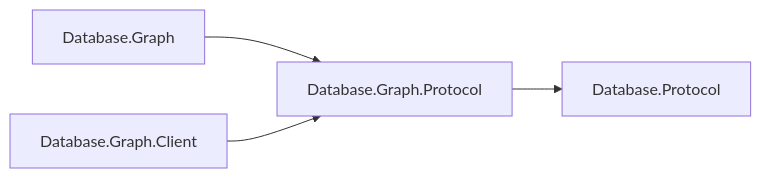
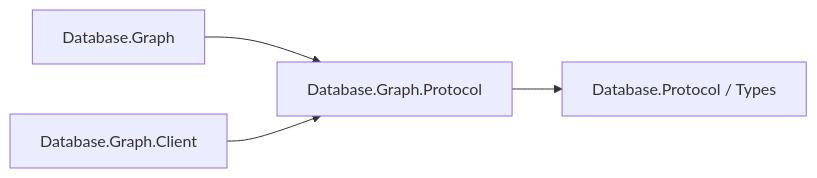
One commit to assimalign/cohesion changed the diagram in resources/Database/Assimalign.Cohesion.Database.Graph.Protocol/docs/DESIGN.md. Above: the diagram before and after it, drawn with Mermaid. The commit also changed other lines of this file and 13 other files, not shown here.

````diff
--- a/resources/Database/Assimalign.Cohesion.Database.Graph.Protocol/docs/DESIGN.md
+++ b/resources/Database/Assimalign.Cohesion.Database.Graph.Protocol/docs/DESIGN.md
@@ -7,6 +7,6 @@
 ```mermaid
 flowchart LR
     Engine["Database.Graph"] --> Wire["Database.Graph.Protocol"]
     Client["Database.Graph.Client"] --> Wire
-    Wire --> Shared["Database.Protocol"]
+    Wire --> Shared["Database.Protocol / Types"]
 ```
````
